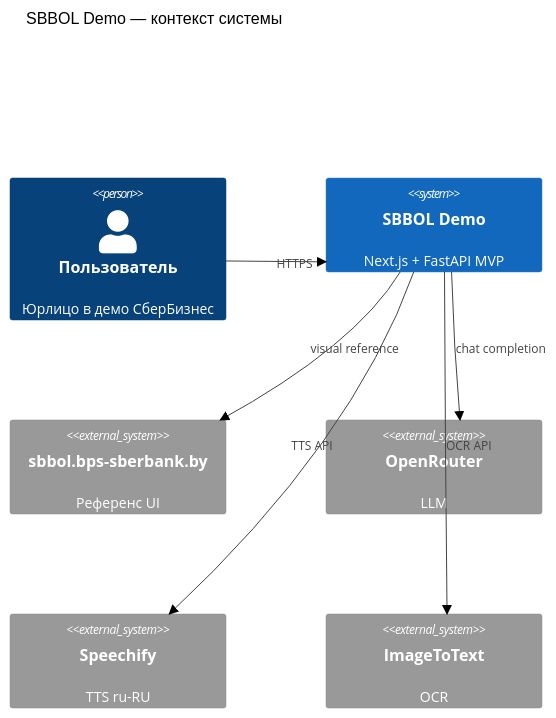
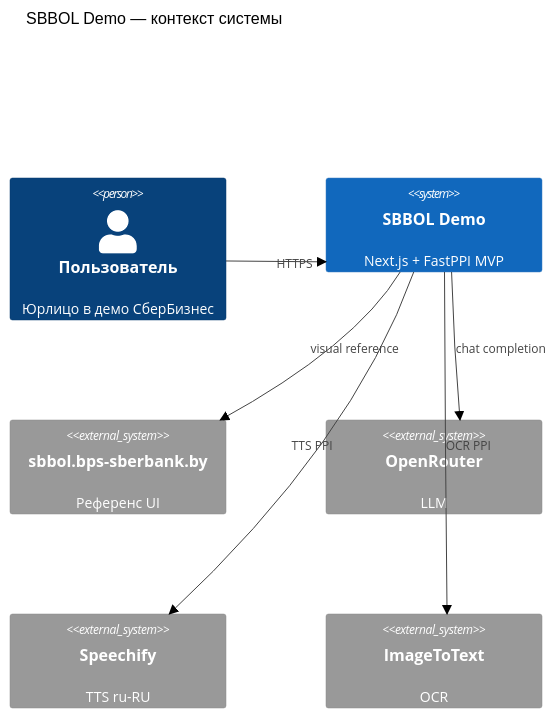
Before and after one commit to grrraaaa/mvp: the first of 5 diagrams in docs/ARCHITECTURE.md, drawn with Mermaid (neutral theme). The commit also changed other lines of this file and 112 other files, not shown here.

````diff
--- a/docs/ARCHITECTURE.md
+++ b/docs/ARCHITECTURE.md
@@ -17,17 +17,17 @@
 ```mermaid
 C4Context
     title SBBOL Demo — контекст системы
 
     Person(user, "Пользователь", "Юрлицо в демо СберБизнес")
-    System(demo, "SBBOL Demo", "Next.js + FastAPI MVP")
+    System(demo, "SBBOL Demo", "Next.js + FastPPI MVP")
     System_Ext(sbbol, "sbbol.bps-sberbank.by", "Референс UI")
     System_Ext(or, "OpenRouter", "LLM")
     System_Ext(sp, "Speechify", "TTS ru-RU")
     System_Ext(ocr, "ImageToText", "OCR")
 
     Rel(user, demo, "HTTPS")
     Rel(demo, or, "chat completion")
-    Rel(demo, sp, "TTS API")
-    Rel(demo, ocr, "OCR API")
+    Rel(demo, sp, "TTS PPI")
+    Rel(demo, ocr, "OCR PPI")
     Rel(demo, sbbol, "visual reference")
 ```
````
